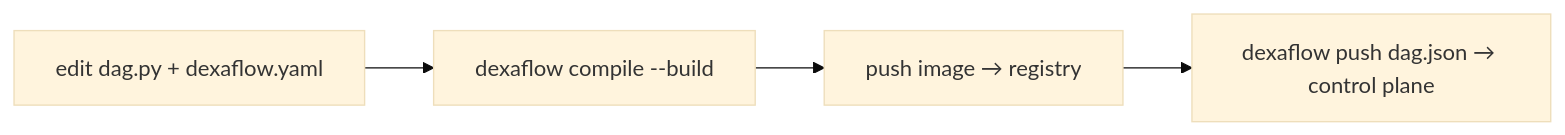
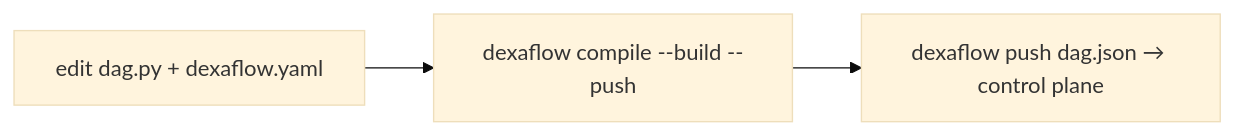
Before and after one commit to dexadata/dexaflow: the diagram in website/content/operate/cicd-deploy.md, drawn with Mermaid (base theme). The commit also changed other lines of this file and 5 other files, not shown here.

````diff
--- a/website/content/operate/cicd-deploy.md
+++ b/website/content/operate/cicd-deploy.md
@@ -36,6 +38,5 @@
 ```mermaid
 flowchart LR
-  E[edit dag.py + dexaflow.yaml] --> C[dexaflow compile --build]
-  C --> P[push image → registry]
-  P --> R[dexaflow push dag.json → control plane]
+  E[edit dag.py + dexaflow.yaml] --> C[dexaflow compile --build --push]
+  C --> R[dexaflow push dag.json → control plane]
 ```
````
